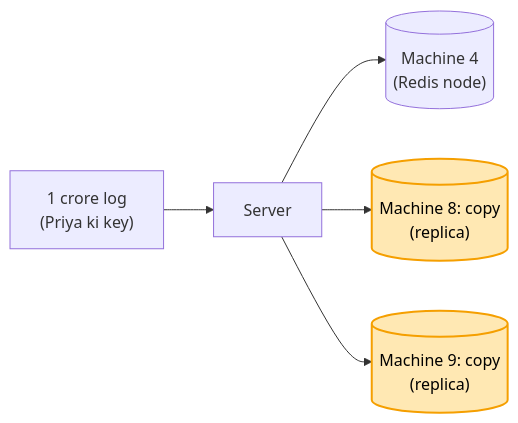
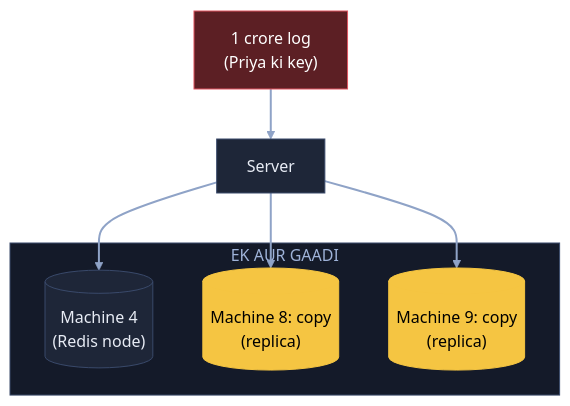
Before and after one commit to ArpanMaheshwari144/Prep: the seventh of 7 diagrams in 04_HLD/SYSTEM_DESIGNS/10_distributed_cache/10_distributed_cache.md, drawn with Mermaid. The commit also changed other lines of this file, not shown here.

Commit message:
Cache: 7 diagram YouTube (reel) wale card andaaz me

````diff
--- a/04_HLD/SYSTEM_DESIGNS/10_distributed_cache/10_distributed_cache.md
+++ b/04_HLD/SYSTEM_DESIGNS/10_distributed_cache/10_distributed_cache.md
@@ -189,9 +255,20 @@
 ```mermaid
-flowchart LR
-    U["1 crore log<br/>(Priya ki key)"] --> S["Server"]
-    S --> M4[("Machine 4<br/>(Redis node)")]
-    S --> M8[("Machine 8: copy<br/>(replica)")]
-    S --> M9[("Machine 9: copy<br/>(replica)")]
-    style M8 fill:#ffe8b3,stroke:#f59f00,stroke-width:2px,color:#000
-    style M9 fill:#ffe8b3,stroke:#f59f00,stroke-width:2px,color:#000
+flowchart TB
+    U["1 crore log<br/>(Priya ki key)"]:::bad
+    S["Server"]:::card
+    subgraph GD["EK AUR GAADI"]
+        M4[("Machine 4<br/>(Redis node)")]:::card
+        M8[("Machine 8: copy<br/>(replica)")]:::pill
+        M9[("Machine 9: copy<br/>(replica)")]:::pill
+    end
+    U --> S
+    S --> M4
+    S --> M8
+    S --> M9
+    linkStyle default stroke:#8fa3c7,stroke-width:2px
+    classDef card fill:#1e2638,stroke:#3a4a6b,color:#e8ecf5
+    classDef pill fill:#f5c542,stroke:#f5c542,color:#000
+    classDef good fill:#2e7d4f,stroke:#3fbf6f,color:#fff
+    classDef bad fill:#5c1f24,stroke:#e05561,color:#fff
+    style GD fill:#141a29,stroke:#3a4a6b,color:#9fb3d9
 ```
````
